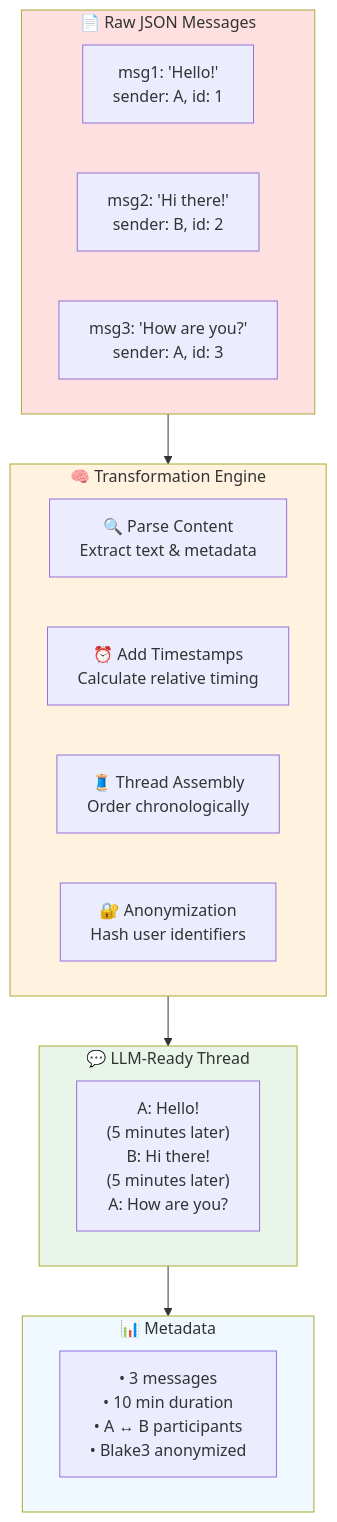
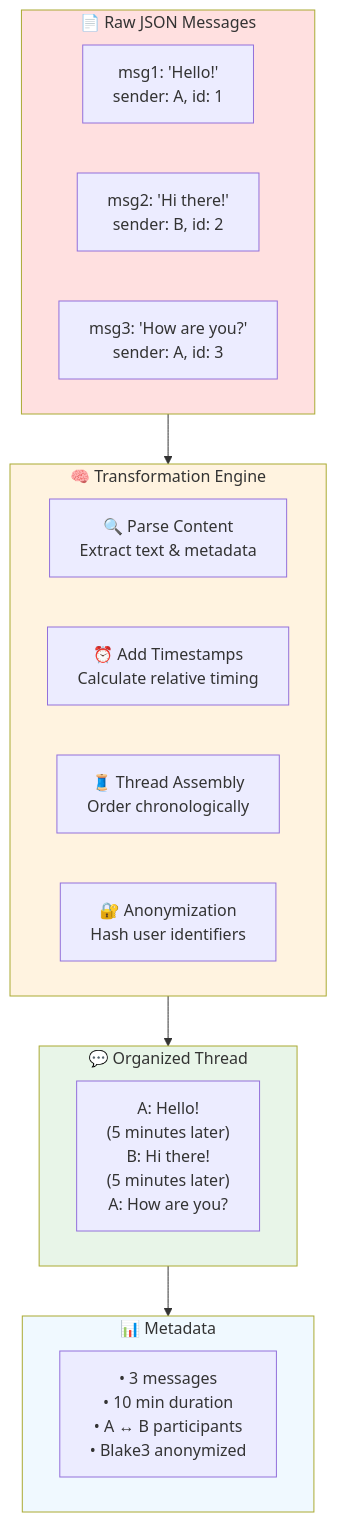
Before and after one commit to that-in-rust/tweet-scrolls: the third of 5 diagrams in ReadMe.md, drawn with Mermaid. The commit also changed other lines of this file and 1 other file, not shown here.

````diff
--- a/ReadMe.md
+++ b/ReadMe.md
@@ -113,34 +113,34 @@
 ```mermaid
 flowchart TD
     subgraph Input ["📄 Raw JSON Messages"]
         A1["msg1: 'Hello!'<br/>sender: A, id: 1"]
         A2["msg2: 'Hi there!'<br/>sender: B, id: 2"]
         A3["msg3: 'How are you?'<br/>sender: A, id: 3"]
     end
     
     Input --> Processing
     
     subgraph Processing ["🧠 Transformation Engine"]
         B1["🔍 Parse Content<br/>Extract text & metadata"]
         B2["⏰ Add Timestamps<br/>Calculate relative timing"]
         B3["🧵 Thread Assembly<br/>Order chronologically"]
         B4["🔐 Anonymization<br/>Hash user identifiers"]
     end
     
     Processing --> Output
     
-    subgraph Output ["💬 LLM-Ready Thread"]
+    subgraph Output ["💬 Organized Thread"]
         C1["A: Hello!<br/>(5 minutes later)<br/>B: Hi there!<br/>(5 minutes later)<br/>A: How are you?"]
     end
     
     Output --> Metadata
     
     subgraph Metadata ["📊 Metadata"]
         C2["• 3 messages<br/>• 10 min duration<br/>• A ↔ B participants<br/>• Blake3 anonymized"]
     end
     
     style Input fill:#ffe0e0
     style Processing fill:#fff3e0
     style Output fill:#e8f5e8
     style Metadata fill:#f0f9ff
 ```
````
